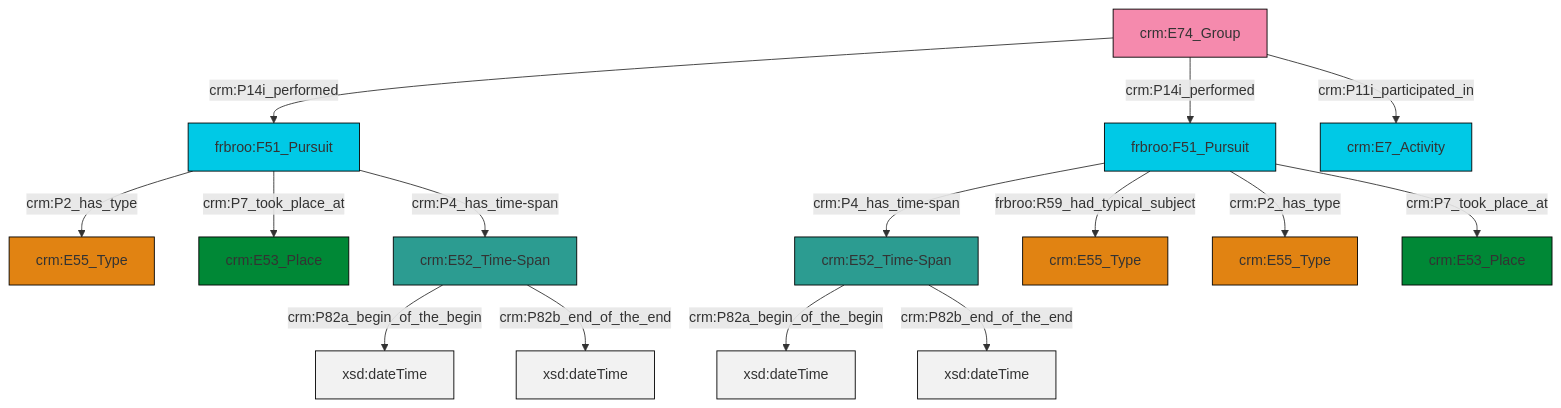
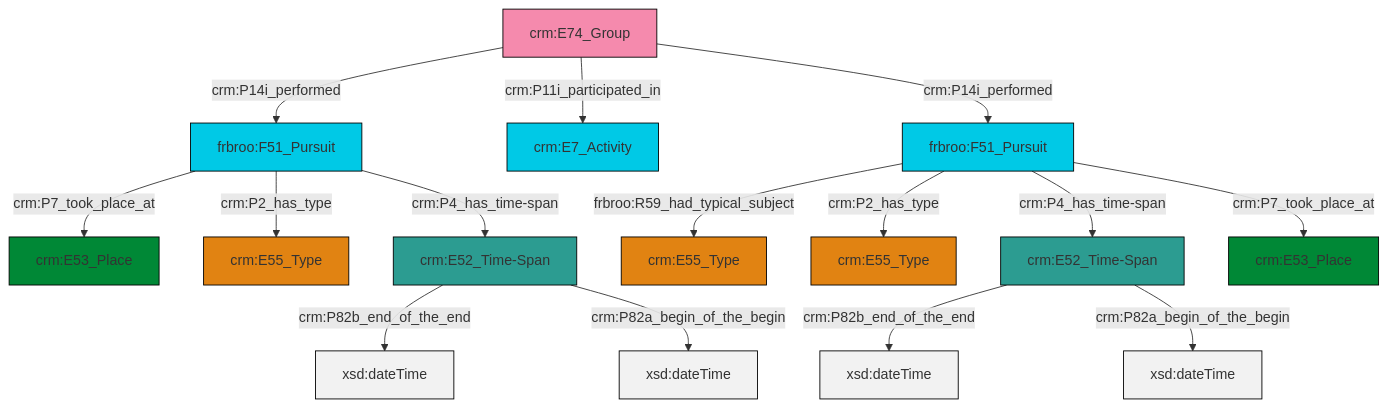
One commit to swiss-art-research-net/docs.swissartresearch changed the diagram in et/groupCSV/ttl/mmd/group_events.ttl.mmd. Above: the diagram before and after it, drawn with Mermaid. The commit also changed 182 other files, not shown here.

```diff
--- a/et/groupCSV/ttl/mmd/group_events.ttl.mmd
+++ b/et/groupCSV/ttl/mmd/group_events.ttl.mmd
@@ -1,29 +1,29 @@
 graph TD
 classDef Literal fill:#f2f2f2,stroke:#000000;
 classDef CRM_Entity fill:#FFFFFF,stroke:#000000;
 classDef Temporal_Entity fill:#00C9E6, stroke:#000000;
 classDef Type fill:#E18312, stroke:#000000;
 classDef Time-Span fill:#2C9C91, stroke:#000000;
 classDef Appellation fill:#FFEB7F, stroke:#000000;
 classDef Place fill:#008836, stroke:#000000;
 classDef Persistent_Item fill:#B266B2, stroke:#000000;
 classDef Conceptual_Object fill:#FFD700, stroke:#000000;
 classDef Physical_Thing fill:#D2B48C, stroke:#000000;
 classDef Actor fill:#f58aad, stroke:#000000;
 classDef PC_Classes fill:#4ce600, stroke:#000000;
 classDef Multi fill:#cccccc,stroke:#000000;
 
-0["crm:E52_Time-Span"]:::Time-Span -->|crm:P82a_begin_of_the_begin| 1[xsd:dateTime]:::Literal
-4["crm:E74_Group"]:::Actor -->|crm:P14i_performed| 5["frbroo:F51_Pursuit"]:::Temporal_Entity
-5["frbroo:F51_Pursuit"]:::Temporal_Entity -->|crm:P2_has_type| 11["crm:E55_Type"]:::Type
-13["crm:E52_Time-Span"]:::Time-Span -->|crm:P82a_begin_of_the_begin| 18[xsd:dateTime]:::Literal
-16["frbroo:F51_Pursuit"]:::Temporal_Entity -->|crm:P4_has_time-span| 0["crm:E52_Time-Span"]:::Time-Span
-5["frbroo:F51_Pursuit"]:::Temporal_Entity -->|crm:P7_took_place_at| 21["crm:E53_Place"]:::Place
-16["frbroo:F51_Pursuit"]:::Temporal_Entity -->|frbroo:R59_had_typical_subject| 6["crm:E55_Type"]:::Type
-0["crm:E52_Time-Span"]:::Time-Span -->|crm:P82b_end_of_the_end| 22[xsd:dateTime]:::Literal
-16["frbroo:F51_Pursuit"]:::Temporal_Entity -->|crm:P2_has_type| 2["crm:E55_Type"]:::Type
-5["frbroo:F51_Pursuit"]:::Temporal_Entity -->|crm:P4_has_time-span| 13["crm:E52_Time-Span"]:::Time-Span
-13["crm:E52_Time-Span"]:::Time-Span -->|crm:P82b_end_of_the_end| 24[xsd:dateTime]:::Literal
-4["crm:E74_Group"]:::Actor -->|crm:P14i_performed| 16["frbroo:F51_Pursuit"]:::Temporal_Entity
-16["frbroo:F51_Pursuit"]:::Temporal_Entity -->|crm:P7_took_place_at| 9["crm:E53_Place"]:::Place
-4["crm:E74_Group"]:::Actor -->|crm:P11i_participated_in| 19["crm:E7_Activity"]:::Temporal_Entity
+2["crm:E52_Time-Span"]:::Time-Span -->|crm:P82b_end_of_the_end| 3[xsd:dateTime]:::Literal
+10["crm:E74_Group"]:::Actor -->|crm:P14i_performed| 11["frbroo:F51_Pursuit"]:::Temporal_Entity
+14["frbroo:F51_Pursuit"]:::Temporal_Entity -->|frbroo:R59_had_typical_subject| 15["crm:E55_Type"]:::Type
+16["crm:E52_Time-Span"]:::Time-Span -->|crm:P82b_end_of_the_end| 17[xsd:dateTime]:::Literal
+14["frbroo:F51_Pursuit"]:::Temporal_Entity -->|crm:P2_has_type| 4["crm:E55_Type"]:::Type
+10["crm:E74_Group"]:::Actor -->|crm:P11i_participated_in| 19["crm:E7_Activity"]:::Temporal_Entity
+14["frbroo:F51_Pursuit"]:::Temporal_Entity -->|crm:P4_has_time-span| 2["crm:E52_Time-Span"]:::Time-Span
+16["crm:E52_Time-Span"]:::Time-Span -->|crm:P82a_begin_of_the_begin| 21[xsd:dateTime]:::Literal
+10["crm:E74_Group"]:::Actor -->|crm:P14i_performed| 14["frbroo:F51_Pursuit"]:::Temporal_Entity
+14["frbroo:F51_Pursuit"]:::Temporal_Entity -->|crm:P7_took_place_at| 12["crm:E53_Place"]:::Place
+11["frbroo:F51_Pursuit"]:::Temporal_Entity -->|crm:P7_took_place_at| 0["crm:E53_Place"]:::Place
+2["crm:E52_Time-Span"]:::Time-Span -->|crm:P82a_begin_of_the_begin| 27[xsd:dateTime]:::Literal
+11["frbroo:F51_Pursuit"]:::Temporal_Entity -->|crm:P2_has_type| 7["crm:E55_Type"]:::Type
+11["frbroo:F51_Pursuit"]:::Temporal_Entity -->|crm:P4_has_time-span| 16["crm:E52_Time-Span"]:::Time-Span
```
